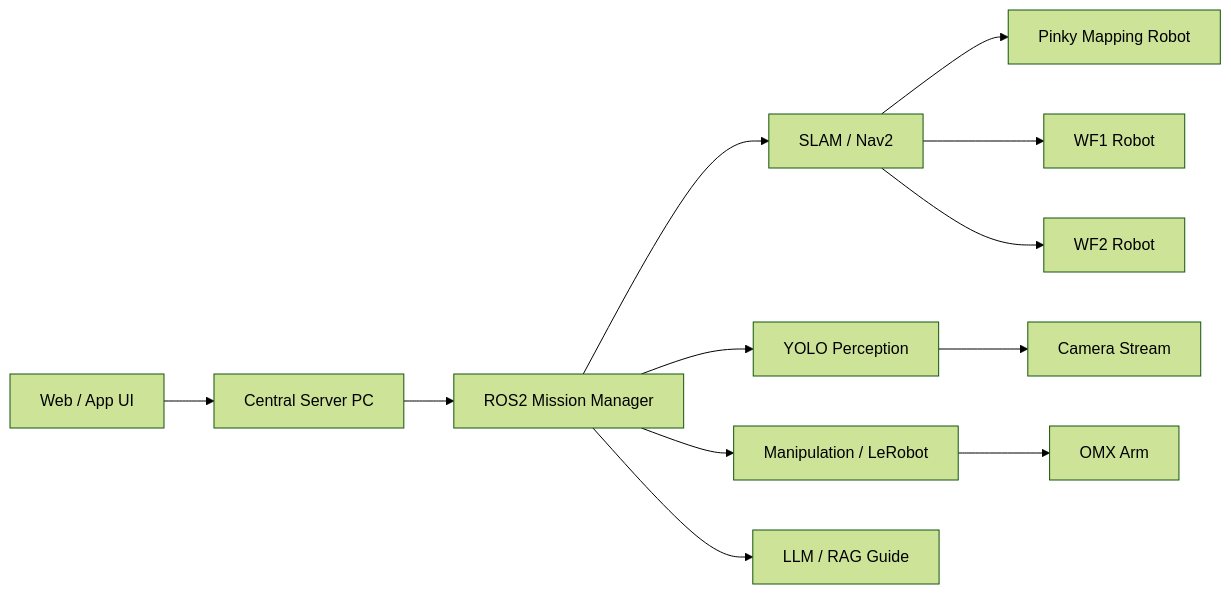
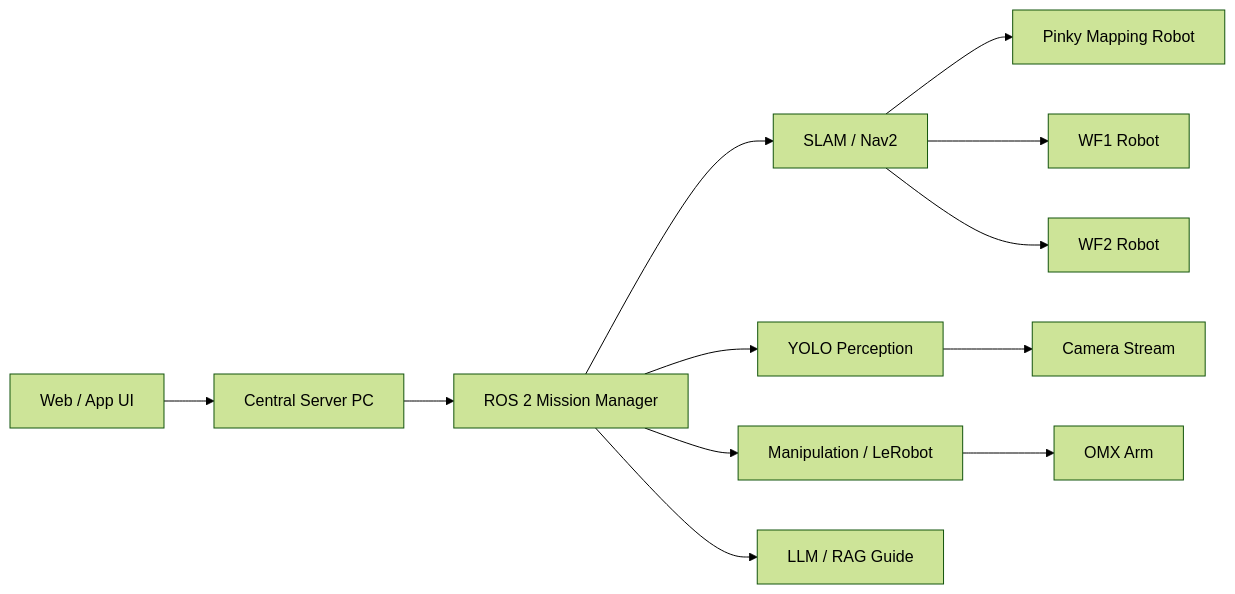
Before and after one commit to cheeserust/ROScue: the diagram in README.md, drawn with Mermaid (forest theme). The commit also changed other lines of this file and 26 other files, not shown here.

````diff
--- a/README.md
+++ b/README.md
@@ -68,15 +57,15 @@
 ```mermaid
 flowchart LR
     UI[Web / App UI] --> Server[Central Server PC]
-    Server --> Mission[ROS2 Mission Manager]
+    Server --> Mission[ROS 2 Mission Manager]
     Mission --> Nav[SLAM / Nav2]
     Mission --> Vision[YOLO Perception]
     Mission --> Manip[Manipulation / LeRobot]
     Mission --> RAG[LLM / RAG Guide]
 
     Nav --> Pinky[Pinky Mapping Robot]
     Nav --> WF1[WF1 Robot]
     Nav --> WF2[WF2 Robot]
     Manip --> Arm[OMX Arm]
     Vision --> Camera[Camera Stream]
 ```
````
